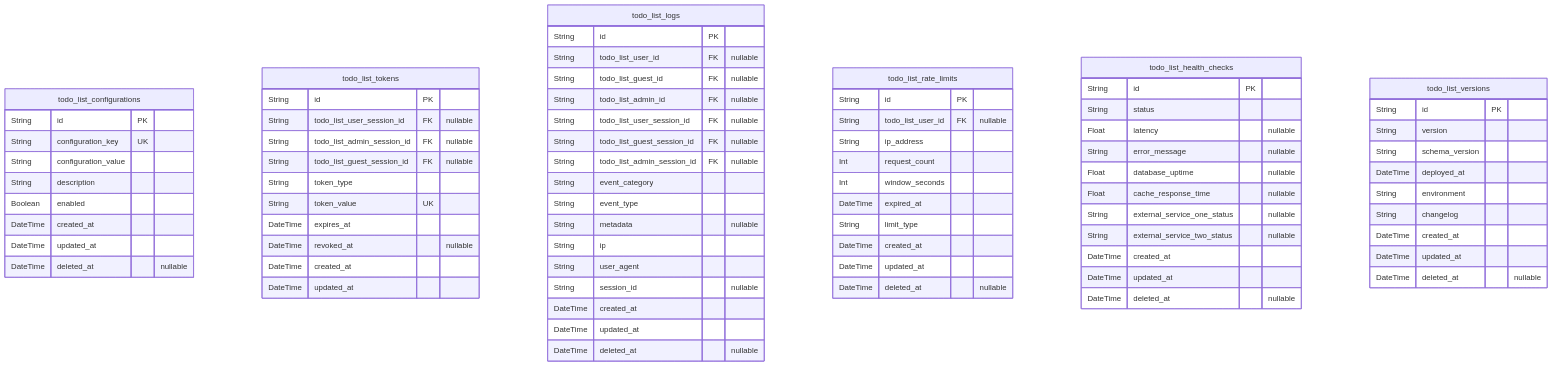
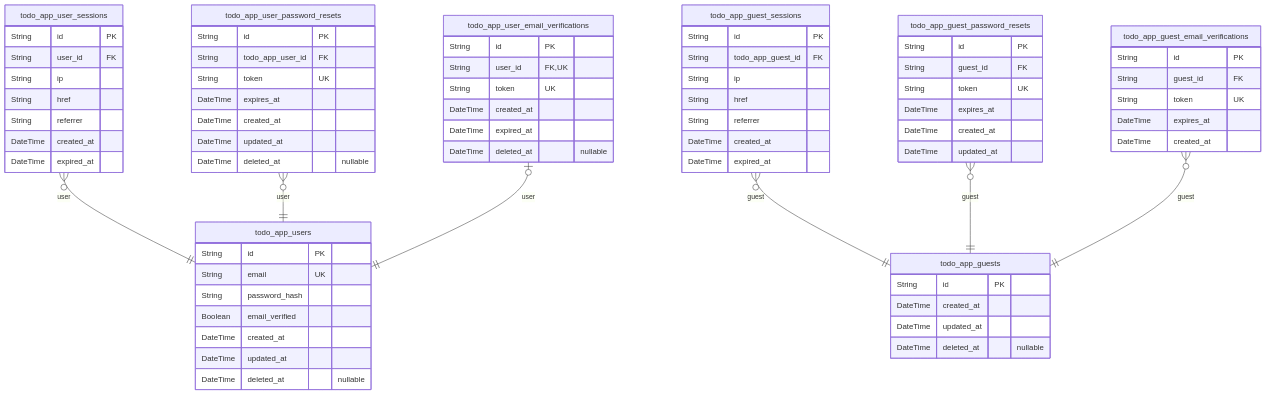
Before and after one commit to wrtnlabs/autobe-examples: the first of 3 diagrams in qwen/qwen3-next-80b-a3b-instruct/todo/docs/ERD.md, drawn with Mermaid. The commit also changed other lines of this file and 4047 other files, not shown here.

````diff
--- a/qwen/qwen3-next-80b-a3b-instruct/todo/docs/ERD.md
+++ b/qwen/qwen3-next-80b-a3b-instruct/todo/docs/ERD.md
@@ -11,79 +11,74 @@
 ```mermaid
 erDiagram
-"todo_list_configurations" {
+"todo_app_users" {
   String id PK
-  String configuration_key UK
-  String configuration_value
-  String description
-  Boolean enabled
+  String email UK
+  String password_hash
+  Boolean email_verified
   DateTime created_at
   DateTime updated_at
   DateTime deleted_at "nullable"
 }
-"todo_list_tokens" {
+"todo_app_user_sessions" {
   String id PK
-  String todo_list_user_session_id FK "nullable"
-  String todo_list_admin_session_id FK "nullable"
-  String todo_list_guest_session_id FK "nullable"
-  String token_type
-  String token_value UK
+  String user_id FK
+  String ip
+  String href
+  String referrer
+  DateTime created_at
+  DateTime expired_at
+}
+"todo_app_user_password_resets" {
+  String id PK
+  String todo_app_user_id FK
+  String token UK
   DateTime expires_at
-  DateTime revoked_at "nullable"
-  DateTime created_at
-  DateTime updated_at
-}
-"todo_list_logs" {
-  String id PK
-  String todo_list_user_id FK "nullable"
-  String todo_list_guest_id FK "nullable"
-  String todo_list_admin_id FK "nullable"
-  String todo_list_user_session_id FK "nullable"
-  String todo_list_guest_session_id FK "nullable"
-  String todo_list_admin_session_id FK "nullable"
-  String event_category
-  String event_type
-  String metadata "nullable"
-  String ip
-  String user_agent
-  String session_id "nullable"
   DateTime created_at
   DateTime updated_at
   DateTime deleted_at "nullable"
 }
-"todo_list_rate_limits" {
+"todo_app_user_email_verifications" {
   String id PK
-  String todo_list_user_id FK "nullable"
-  String ip_address
-  Int request_count
-  Int window_seconds
+  String user_id FK,UK
+  String token UK
+  DateTime created_at
   DateTime expired_at
-  String limit_type
+  DateTime deleted_at "nullable"
+}
+"todo_app_guests" {
+  String id PK
   DateTime created_at
   DateTime updated_at
   DateTime deleted_at "nullable"
 }
-"todo_list_health_checks" {
+"todo_app_guest_sessions" {
   String id PK
-  String status
-  Float latency "nullable"
-  String error_message "nullable"
-  Float database_uptime "nullable"
-  Float cache_response_time "nullable"
-  String external_service_one_status "nullable"
-  String external_service_two_status "nullable"
+  String todo_app_guest_id FK
+  String ip
+  String href
+  String referrer
+  DateTime created_at
+  DateTime expired_at
+}
+"todo_app_guest_password_resets" {
+  String id PK
+  String guest_id FK
+  String token UK
+  DateTime expires_at
   DateTime created_at
   DateTime updated_at
-  DateTime deleted_at "nullable"
 }
-"todo_list_versions" {
+"todo_app_guest_email_verifications" {
   String id PK
-  String version
-  String schema_version
-  DateTime deployed_at
-  String environment
-  String changelog
+  String guest_id FK
+  String token UK
+  DateTime expires_at
   DateTime created_at
-  DateTime updated_at
-  DateTime deleted_at "nullable"
 }
+"todo_app_user_sessions" }o--|| "todo_app_users" : user
+"todo_app_user_password_resets" }o--|| "todo_app_users" : user
+"todo_app_user_email_verifications" |o--|| "todo_app_users" : user
+"todo_app_guest_sessions" }o--|| "todo_app_guests" : guest
+"todo_app_guest_password_resets" }o--|| "todo_app_guests" : guest
+"todo_app_guest_email_verifications" }o--|| "todo_app_guests" : guest
 ```
````
